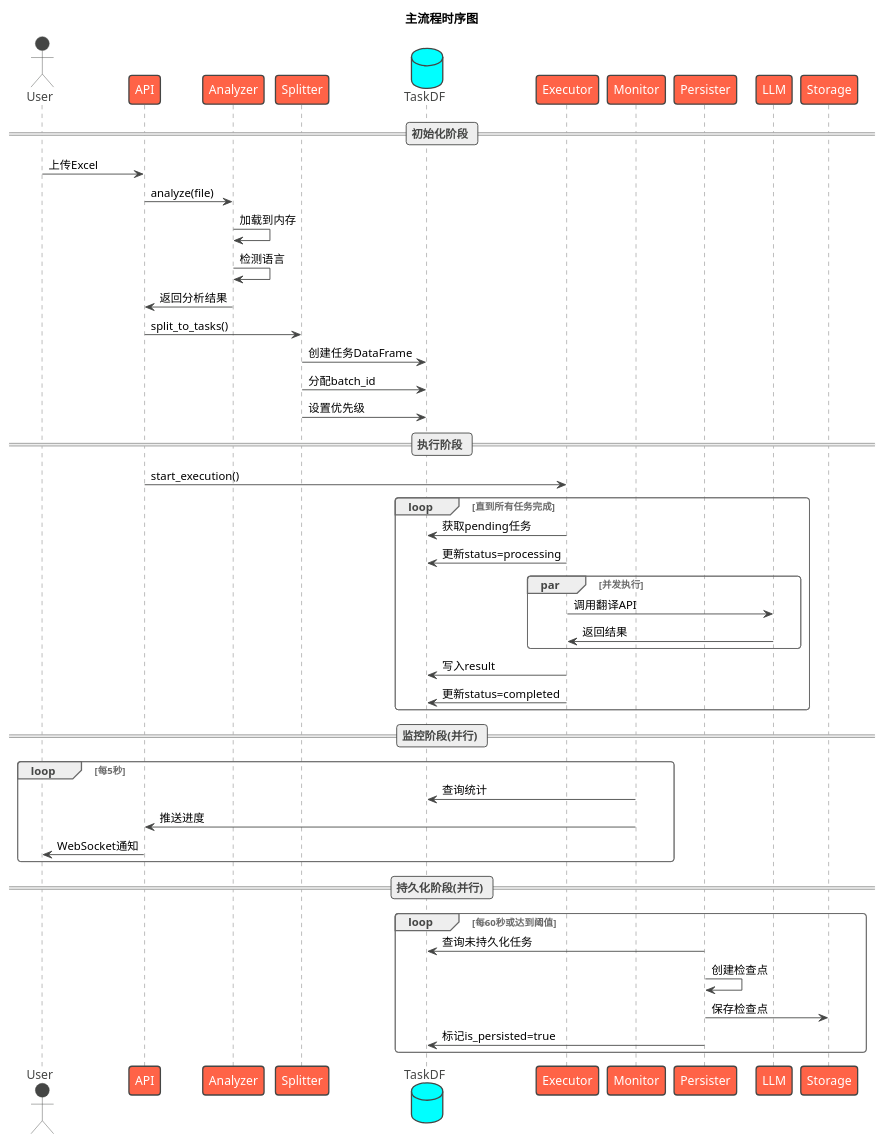
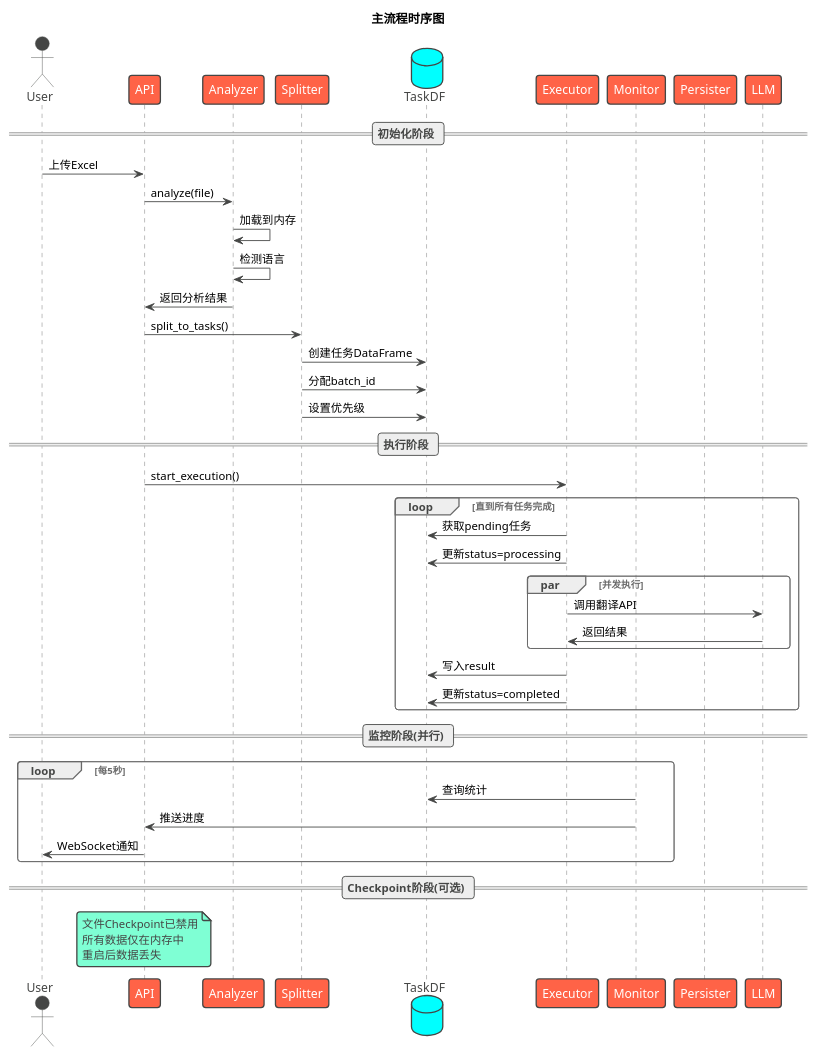
One commit to aixier/trans-excel changed the third of 7 diagrams in translation_system/backend_v2/docs/系统设计方案_v3.md. Above: the diagram before and after it, drawn with PlantUML. The commit also changed other lines of this file and 5 other files, not shown here.

````diff
--- a/translation_system/backend_v2/docs/系统设计方案_v3.md
+++ b/translation_system/backend_v2/docs/系统设计方案_v3.md
@@ -339,59 +343,58 @@
 ```plantuml
 @startuml main_sequence
 !theme vibrant
 title 主流程时序图
 
 actor User
 participant API
 participant Analyzer
 participant Splitter
 database TaskDF
 participant Executor
 participant Monitor
 participant Persister
 
 == 初始化阶段 ==
 User -> API: 上传Excel
 API -> Analyzer: analyze(file)
 Analyzer -> Analyzer: 加载到内存
 Analyzer -> Analyzer: 检测语言
 Analyzer -> API: 返回分析结果
 
 API -> Splitter: split_to_tasks()
 Splitter -> TaskDF: 创建任务DataFrame
 Splitter -> TaskDF: 分配batch_id
 Splitter -> TaskDF: 设置优先级
 
 == 执行阶段 ==
 API -> Executor: start_execution()
 
 loop 直到所有任务完成
     Executor -> TaskDF: 获取pending任务
     Executor -> TaskDF: 更新status=processing
 
     par 并发执行
         Executor -> LLM: 调用翻译API
         LLM -> Executor: 返回结果
     end
 
     Executor -> TaskDF: 写入result
     Executor -> TaskDF: 更新status=completed
 end
 
 == 监控阶段(并行) ==
 loop 每5秒
     Monitor -> TaskDF: 查询统计
     Monitor -> API: 推送进度
     API -> User: WebSocket通知
 end
 
-== 持久化阶段(并行) ==
-loop 每60秒或达到阈值
-    Persister -> TaskDF: 查询未持久化任务
-    Persister -> Persister: 创建检查点
-    Persister -> Storage: 保存检查点
-    Persister -> TaskDF: 标记is_persisted=true
-end
+== Checkpoint阶段(可选) ==
+note over API
+  文件Checkpoint已禁用
+  所有数据仅在内存中
+  重启后数据丢失
+end note
 
 @enduml
 ```
````
